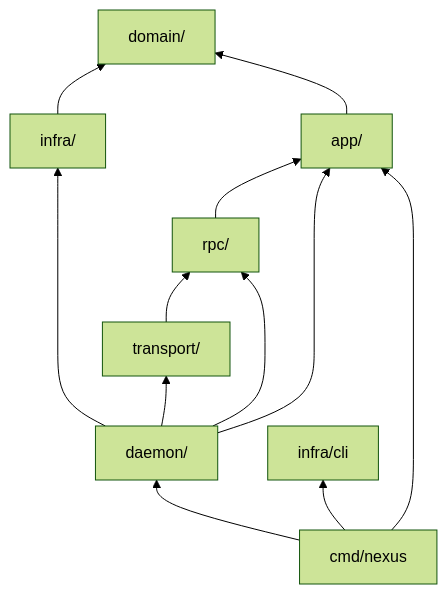
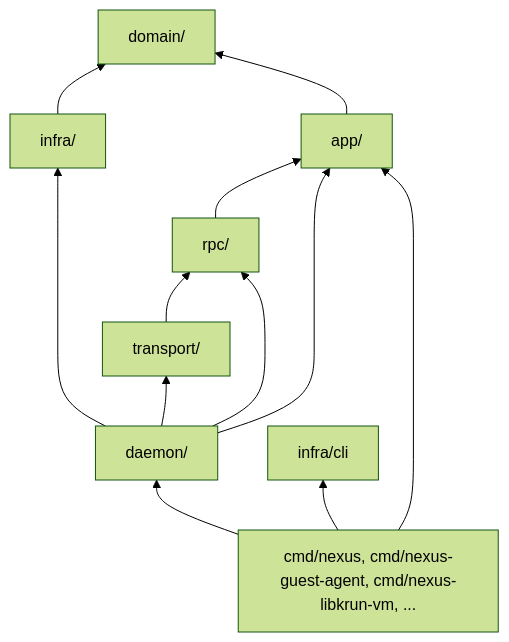
One commit to oursky/nexus changed the fourth of 5 diagrams in ARCHITECTURE.md. Above: the diagram before and after it, drawn with Mermaid (forest theme). The commit also changed other lines of this file and 12 other files, not shown here.

````diff
--- a/ARCHITECTURE.md
+++ b/ARCHITECTURE.md
@@ -134,22 +140,22 @@
 ```mermaid
 graph BT
     domain["domain/"]
     infra["infra/"]
     app["app/"]
     rpc["rpc/"]
     transport["transport/"]
     daemon["daemon/"]
-    cmd["cmd/nexus"]
+    cmd["cmd/nexus, cmd/nexus-guest-agent, cmd/nexus-libkrun-vm, ..."]
 
     infra --> domain
     app --> domain
     rpc --> app
     transport --> rpc
     daemon --> infra
     daemon --> app
     daemon --> rpc
     daemon --> transport
     cmd --> daemon
     cmd --> app
     cmd --> infra/cli
 ```
````
